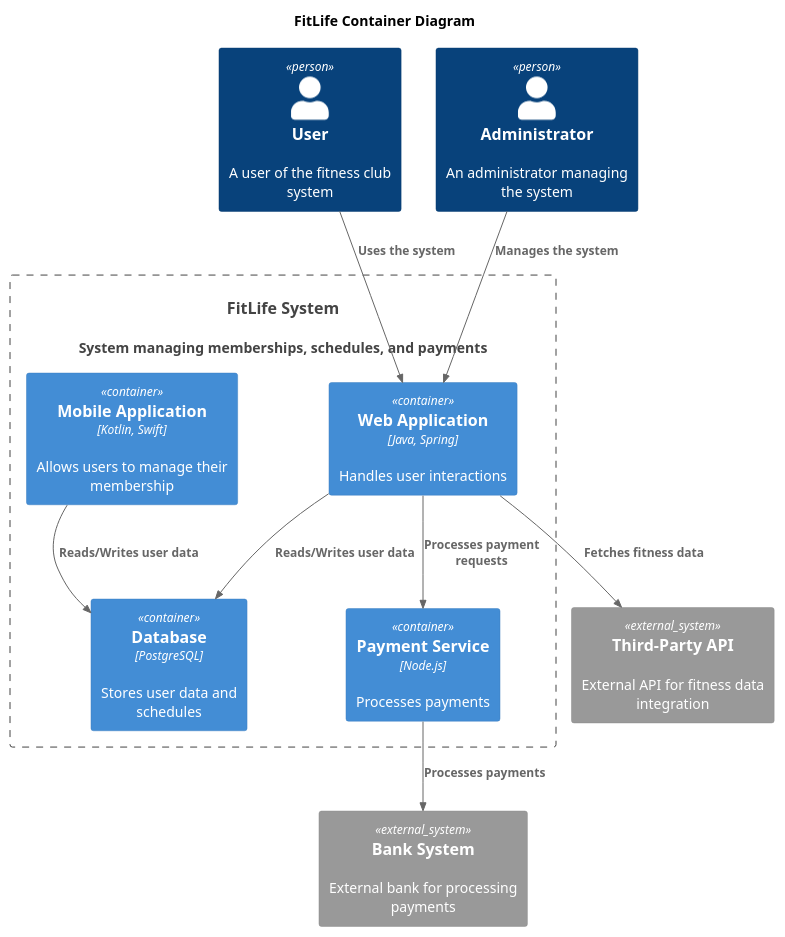
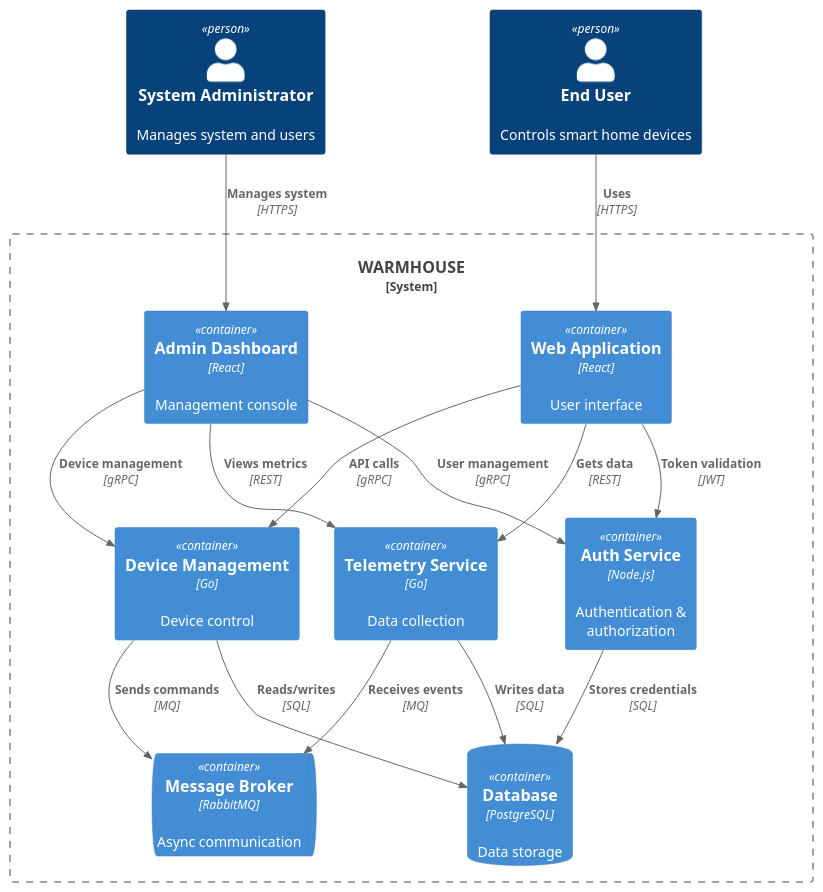
One commit to vasiliy1305/architecture-pro-warmhouse changed the diagram in schemas/diagrams/container/Container.puml. Above: the diagram before and after it, drawn with PlantUML.

Commit message:
выполнить задание 2

```diff
--- a/schemas/diagrams/container/Container.puml
+++ b/schemas/diagrams/container/Container.puml
@@ -1,29 +1,38 @@
 @startuml
-title FitLife Container Diagram
+!includeurl https://raw.githubusercontent.com/RicardoNiepel/C4-PlantUML/master/C4_Container.puml
 
-top to bottom direction
+Person(user, "End User", "Controls smart home devices")
+Person(admin, "System Administrator", "Manages system and users")
 
-!includeurl https://raw.githubusercontent.com/RicardoNiepel/C4-PlantUML/master/C4_Component.puml
-
-Person(user, "User", "A user of the fitness club system")
-Person(admin, "Administrator", "An administrator managing the system")
-System(FitLifeSystem, "FitLife System", "System managing memberships, schedules, and payments")
-
-Container_Boundary(FitLifeSystem, "FitLife System") {
-  Container(WebApp, "Web Application", "Java, Spring", "Handles user interactions")
-  Container(MobileApp, "Mobile Application", "Kotlin, Swift", "Allows users to manage their membership")
-  Container(PaymentService, "Payment Service", "Node.js", "Processes payments")
-  Container(Database, "Database", "PostgreSQL", "Stores user data and schedules")
+System_Boundary(system, "WARMHOUSE") {
+    Container(web_app, "Web Application", "React", "User interface")
+    Container(admin_ui, "Admin Dashboard", "React", "Management console")
+    Container(device_mgmt, "Device Management", "Go", "Device control")
+    Container(telemetry, "Telemetry Service", "Go", "Data collection")
+    Container(auth, "Auth Service", "Node.js", "Authentication & authorization")
+    ContainerDb(postgres, "Database", "PostgreSQL", "Data storage")
+    ContainerQueue(rabbitmq, "Message Broker", "RabbitMQ", "Async communication")
 }
 
-System_Ext(api, "Third-Party API", "External API for fitness data integration")
-System_Ext(bank, "Bank System", "External bank for processing payments")
 
-Rel(user, WebApp, "Uses the system")
-Rel(admin, WebApp,"Manages the system")
-Rel(WebApp,PaymentService,"Processes payment requests")
-Rel(PaymentService,bank,"Processes payments")
-Rel(WebApp,Database,"Reads/Writes user data")
-Rel(MobileApp,Database,"Reads/Writes user data")
-Rel(WebApp,api,"Fetches fitness data")
+
+' User interactions
+Rel(user, web_app, "Uses", "HTTPS")
+Rel(web_app, device_mgmt, "API calls", "gRPC")
+Rel(web_app, telemetry, "Gets data", "REST")
+Rel(web_app, auth, "Token validation", "JWT")
+
+
+' Admin interactions
+Rel(admin, admin_ui, "Manages system", "HTTPS")
+Rel(admin_ui, auth, "User management", "gRPC")
+Rel(admin_ui, device_mgmt, "Device management", "gRPC")
+Rel(admin_ui, telemetry, "Views metrics", "REST")
+
+' Service interactions
+Rel(device_mgmt, rabbitmq, "Sends commands", "MQ")
+Rel(telemetry, rabbitmq, "Receives events", "MQ")
+Rel(telemetry, postgres, "Writes data", "SQL")
+Rel(device_mgmt, postgres, "Reads/writes", "SQL")
+Rel(auth, postgres, "Stores credentials", "SQL")
 @enduml
```
